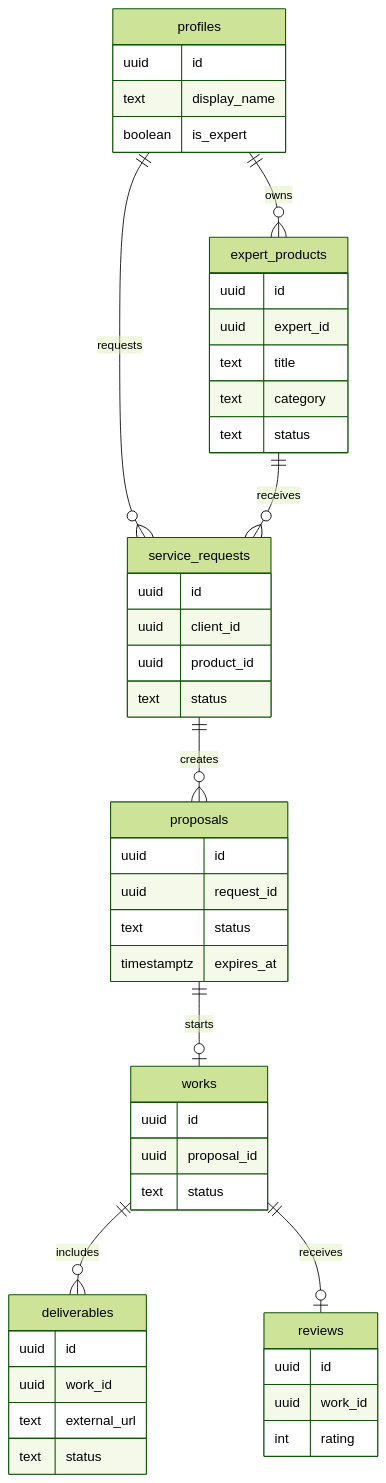
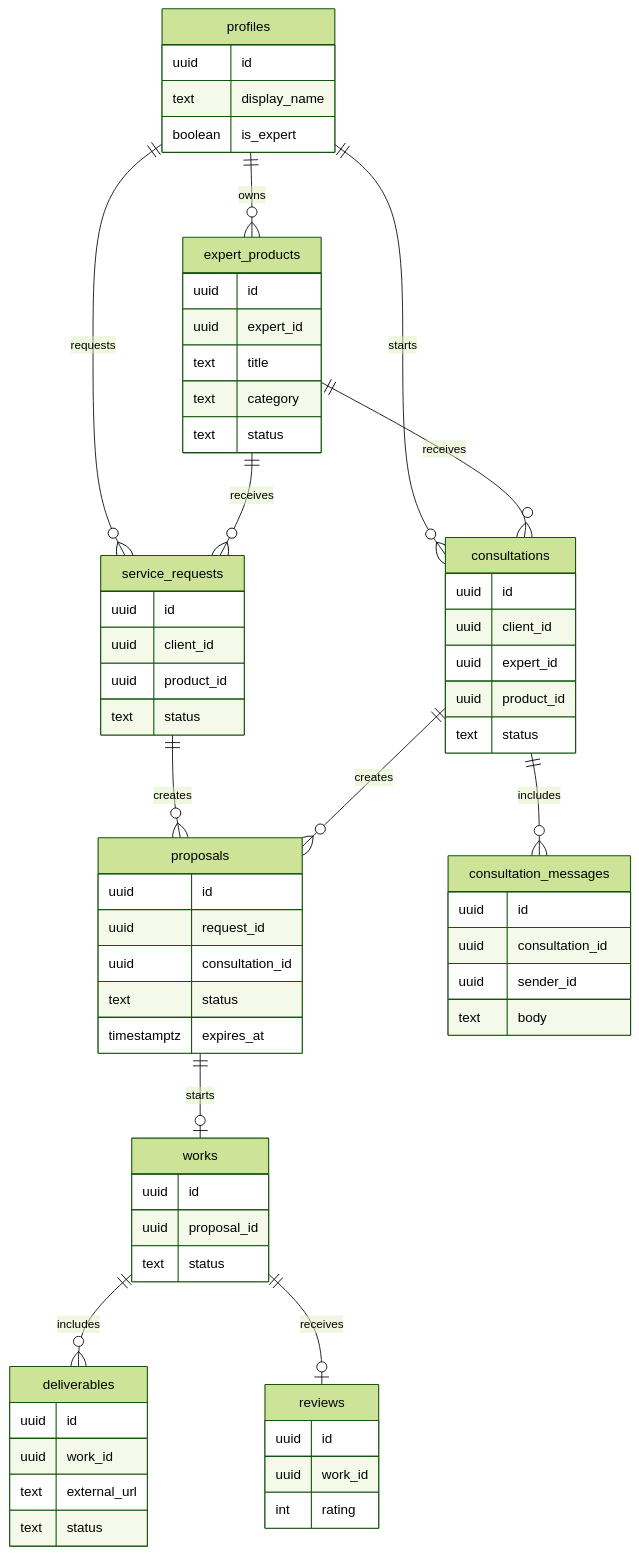
Before and after one commit to hansokchun/AImaker: the second of 2 diagrams in Architecture.md, drawn with Mermaid (forest theme). The commit also changed other lines of this file and 8 other files, not shown here.

Commit message:
docs: add consultation-based transaction flow

````diff
--- a/Architecture.md
+++ b/Architecture.md
@@ -138,57 +143,77 @@
 ```mermaid
 erDiagram
   profiles ||--o{ expert_products : owns
   profiles ||--o{ service_requests : requests
+  profiles ||--o{ consultations : starts
   expert_products ||--o{ service_requests : receives
+  expert_products ||--o{ consultations : receives
   service_requests ||--o{ proposals : creates
+  consultations ||--o{ consultation_messages : includes
+  consultations ||--o{ proposals : creates
   proposals ||--o| works : starts
   works ||--o{ deliverables : includes
   works ||--o| reviews : receives
 
   profiles {
     uuid id
     text display_name
     boolean is_expert
   }
 
   expert_products {
     uuid id
     uuid expert_id
     text title
     text category
     text status
   }
 
   service_requests {
     uuid id
     uuid client_id
     uuid product_id
     text status
   }
 
+  consultations {
+    uuid id
+    uuid client_id
+    uuid expert_id
+    uuid product_id
+    text status
+  }
+
+  consultation_messages {
+    uuid id
+    uuid consultation_id
+    uuid sender_id
+    text body
+  }
+
   proposals {
     uuid id
     uuid request_id
+    uuid consultation_id
     text status
     timestamptz expires_at
   }
 
   works {
     uuid id
     uuid proposal_id
     text status
   }
 
   deliverables {
     uuid id
     uuid work_id
     text external_url
     text status
   }
 
   reviews {
     uuid id
     uuid work_id
     int rating
   }
 ```
````
